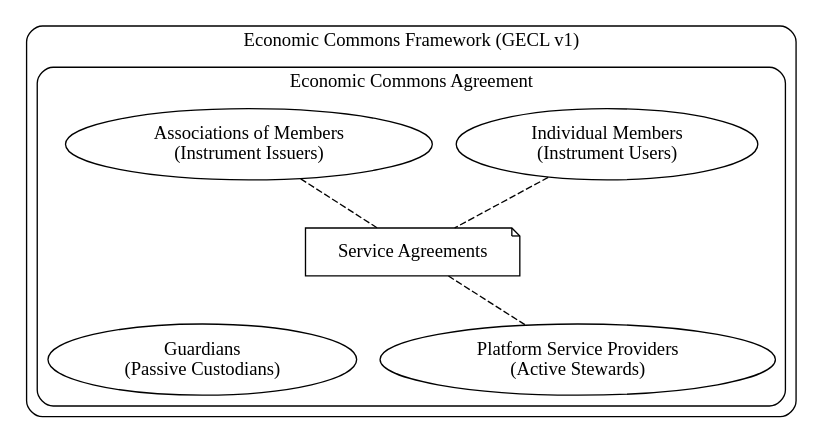
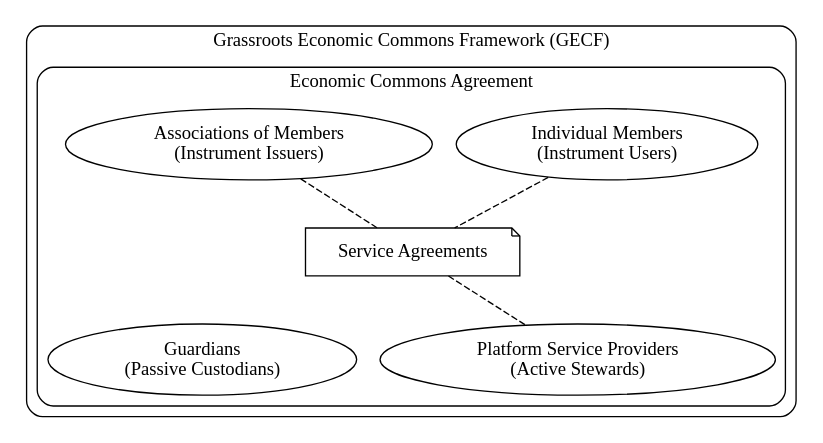
The diagram in docs/commons/index.md (grassrootseconomics/docs.grassecon.org), drawn with Graphviz before and after one commit. The commit also changed other lines of this file and 3 other files, not shown here.

````diff
--- a/docs/commons/index.md
+++ b/docs/commons/index.md
@@ -9,30 +9,30 @@
 ```graphviz dot econ_commons1.svg
 digraph D {
  compound=true;
 
   subgraph cluster_e {
 
-    label = "Economic Commons Framework (GECL v1)";
+    label = "Grassroots Economic Commons Framework (GECF)";
      style="rounded"
 
 
   subgraph cluster_p {
 
     label = "Economic Commons Agreement";
      style="rounded"
      edge [arrowhead=none,arrowtail=dot,style=dashed];
 
      e [label= "Guardians\n(Passive Custodians)"]
      nd_2   [label = "Individual Members\n(Instrument Users)"];
      nd_1   [label = "Associations of Members\n(Instrument Issuers)"];
      	serve_1   [label = "Service Agreements",shape="note"];
 
 	csp   [label = "Platform Service Providers\n(Active Stewards)"];
         nd_1 -> serve_1 -> csp
         nd_2 -> serve_1
 	serve_1 -> e [ style = invis ];
 
   }
     }
 }
 ```
````
